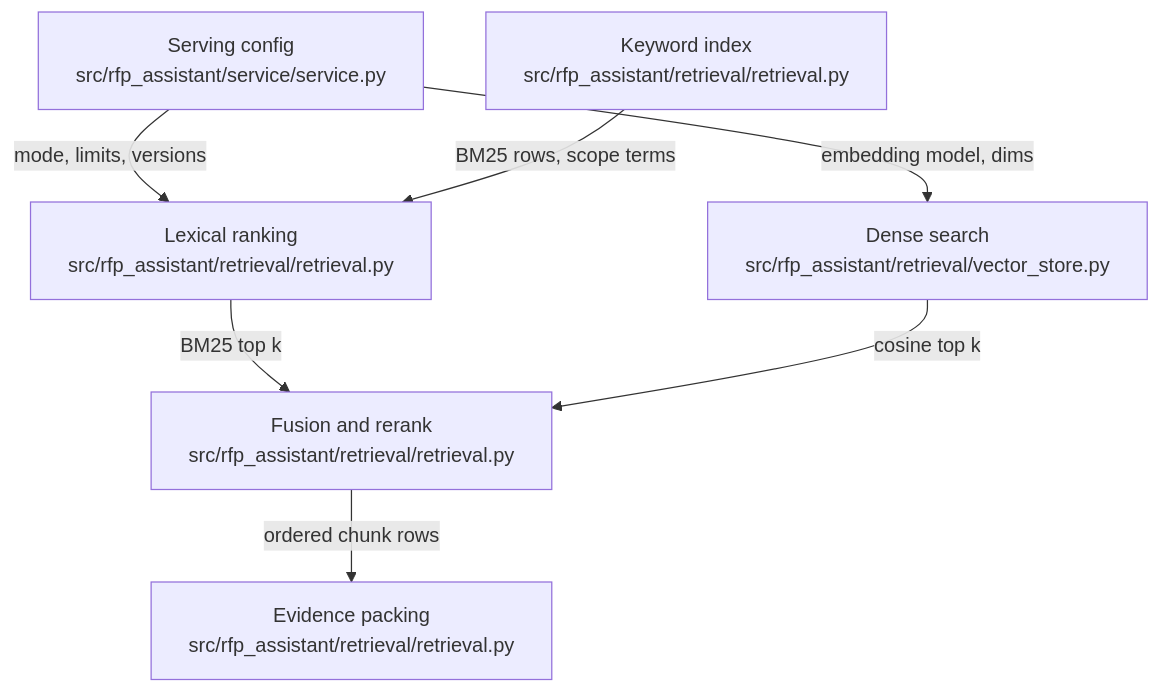
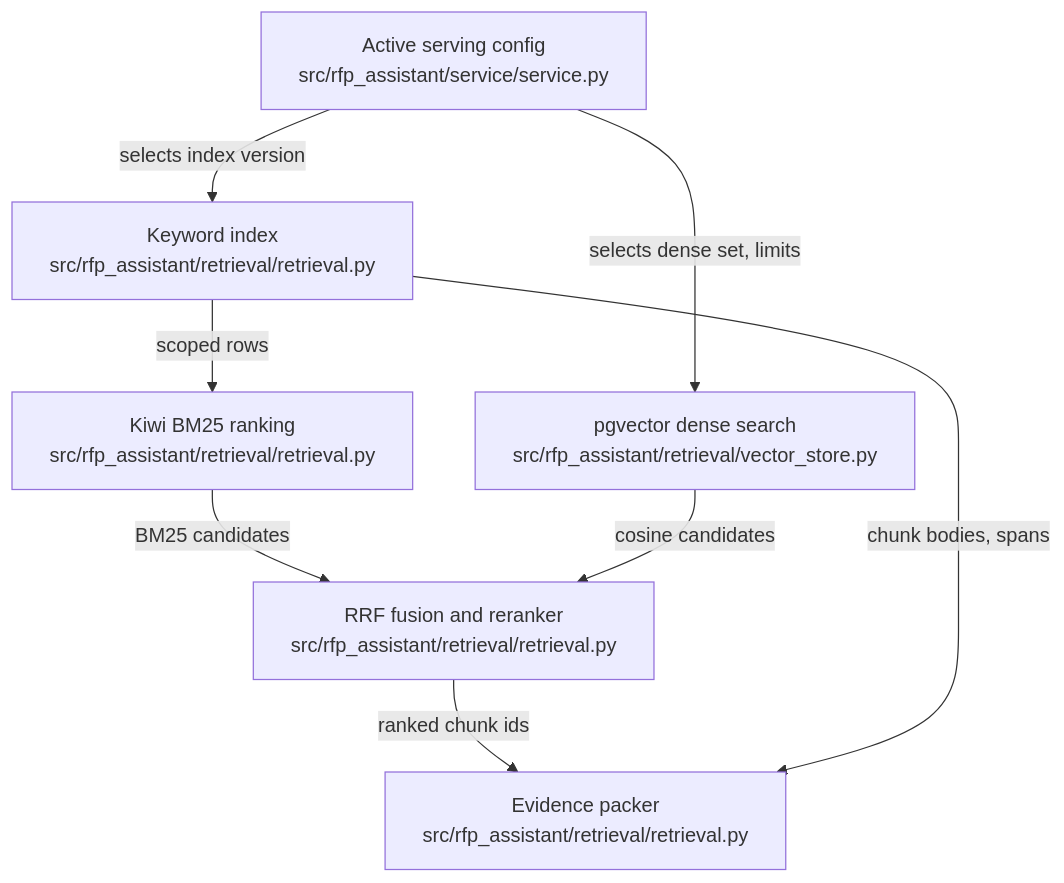
The diagram in .omm/overall-architecture/retrieval-engine/diagram.mmd (littleeeeebit/project-codeit-mid), drawn with Mermaid before and after one commit. The commit also changed 353 other files, not shown here.

```diff
--- a/.omm/overall-architecture/retrieval-engine/diagram.mmd
+++ b/.omm/overall-architecture/retrieval-engine/diagram.mmd
@@ -1,7 +1,14 @@
 graph TD
-  serving-config["Serving config\nsrc/rfp_assistant/service/service.py"] -->|"mode, limits, versions"| lexical-ranking["Lexical ranking\nsrc/rfp_assistant/retrieval/retrieval.py"]
-  keyword-index["Keyword index\nsrc/rfp_assistant/retrieval/retrieval.py"] -->|"BM25 rows, scope terms"| lexical-ranking
-  serving-config -->|"embedding model, dims"| dense-search["Dense search\nsrc/rfp_assistant/retrieval/vector_store.py"]
-  lexical-ranking -->|"BM25 top k"| fusion-rerank["Fusion and rerank\nsrc/rfp_assistant/retrieval/retrieval.py"]
-  dense-search -->|"cosine top k"| fusion-rerank
-  fusion-rerank -->|"ordered chunk rows"| evidence-packing["Evidence packing\nsrc/rfp_assistant/retrieval/retrieval.py"]
+  serving-config["Active serving config\nsrc/rfp_assistant/service/service.py"]
+  keyword-index["Keyword index\nsrc/rfp_assistant/retrieval/retrieval.py"]
+  lexical-ranking["Kiwi BM25 ranking\nsrc/rfp_assistant/retrieval/retrieval.py"]
+  dense-search["pgvector dense search\nsrc/rfp_assistant/retrieval/vector_store.py"]
+  fusion-rerank["RRF fusion and reranker\nsrc/rfp_assistant/retrieval/retrieval.py"]
+  evidence-packer["Evidence packer\nsrc/rfp_assistant/retrieval/retrieval.py"]
+  serving-config -->|selects index version| keyword-index
+  serving-config -->|selects dense set, limits| dense-search
+  keyword-index -->|scoped rows| lexical-ranking
+  lexical-ranking -->|BM25 candidates| fusion-rerank
+  dense-search -->|cosine candidates| fusion-rerank
+  fusion-rerank -->|ranked chunk ids| evidence-packer
+  keyword-index -->|chunk bodies, spans| evidence-packer
```
